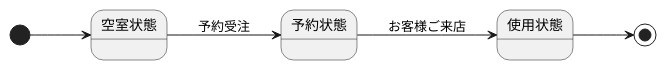
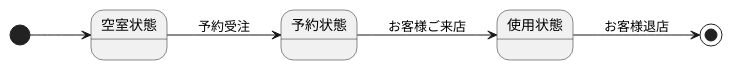
One commit to itouayumu/uml-introduction- changed the diagram in 演習6-2_SD_部屋オブジェクト.pu. Above: the diagram before and after it, drawn with PlantUML.

Commit message:
修正

```diff
--- a/演習6-2_SD_部屋オブジェクト.pu
+++ b/演習6-2_SD_部屋オブジェクト.pu
@@ -1,7 +1,7 @@
 @startuml 
 left to right direction
 [*] --> 空室状態
 空室状態--> 予約状態: 予約受注
 予約状態--> 使用状態: お客様ご来店
-使用状態--> [*] 
+使用状態--> [*] : お客様退店
 @enduml
```
